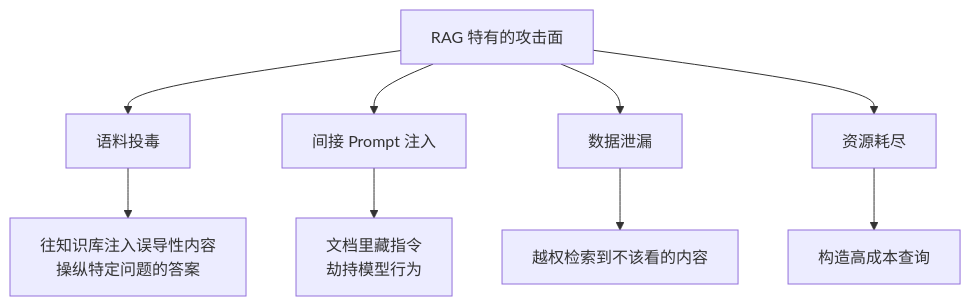
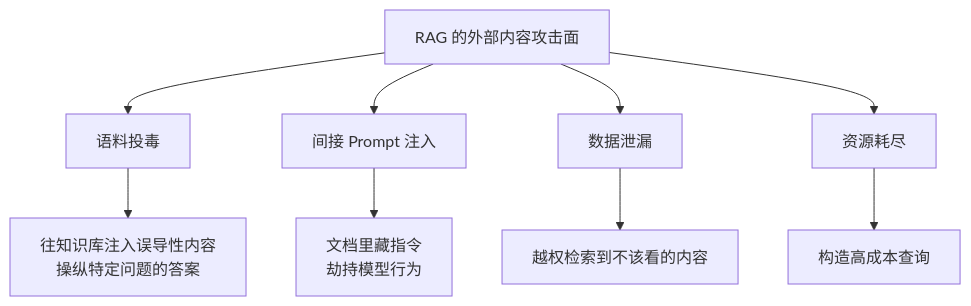
Before and after one commit to oneleaveknowsthefall/awesome-ai-roadmap: the second of 2 diagrams in docs/rag/06-operations-security/20-rag-challenges-security.md, drawn with Mermaid. The commit also changed other lines of this file and 61 other files, not shown here.

````diff
--- a/docs/rag/06-operations-security/20-rag-challenges-security.md
+++ b/docs/rag/06-operations-security/20-rag-challenges-security.md
@@ -58,12 +62,12 @@
 ```mermaid
 flowchart TB
-    A[RAG 特有的攻击面] --> A1[语料投毒]
+    A[RAG 的外部内容攻击面] --> A1[语料投毒]
     A --> A2[间接 Prompt 注入]
     A --> A3[数据泄漏]
     A --> A4[资源耗尽]
 
     A1 --> B1[往知识库注入误导性内容<br/>操纵特定问题的答案]
     A2 --> B2[文档里藏指令<br/>劫持模型行为]
     A3 --> B3[越权检索到不该看的内容]
     A4 --> B4[构造高成本查询]
 ```
````
